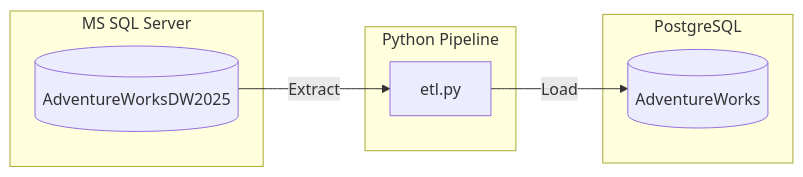
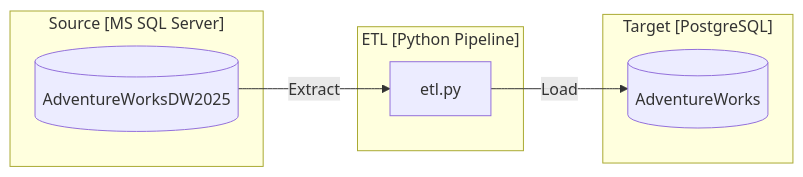
One commit to avadhoot7004/data-pipelines changed the diagram in extract_load/README.md. Above: the diagram before and after it, drawn with Mermaid. The commit also changed 1 other file, not shown here.

Commit message:
fixed graph syntax

````diff
--- a/extract_load/README.md
+++ b/extract_load/README.md
@@ -7,15 +7,15 @@
 ```mermaid
 graph LR
-    subgraph Source [MS SQL Server]
+    subgraph "Source [MS SQL Server]"
         db1[(AdventureWorksDW2025)]
     end
-    subgraph ETL [Python Pipeline]
+    subgraph "ETL [Python Pipeline]"
         script[etl.py]
     end
-    subgraph Target [PostgreSQL]
+    subgraph "Target [PostgreSQL]"
         db2[(AdventureWorks)]
     end
 
     db1 -->|Extract| script
     script -->|Load| db2
 ```
````
